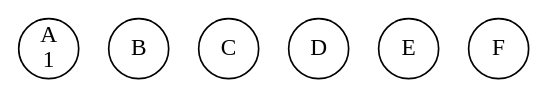
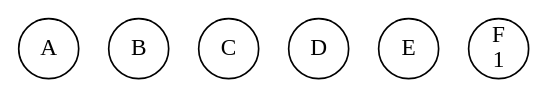
The diagram in concurrency-lab-2/bank/out/0000000000.gv (li23179/GO), drawn with Graphviz before and after one commit. The commit also changed 24 other files, not shown here.

```diff
--- a/concurrency-lab-2/bank/out/0000000000.gv
+++ b/concurrency-lab-2/bank/out/0000000000.gv
@@ -1,8 +1,8 @@
 digraph bank {
-	 0 [label= "A\n1" , pos= "1,0!" , shape=circle, fixedsize=true, width=0.5 ]
+	 0 [label= "A\n" , pos= "1,0!" , shape=circle, fixedsize=true, width=0.5 ]
 	 1 [label= "B\n" , pos= "0,1!" , shape=circle, fixedsize=true, width=0.5 ]
 	 2 [label= "C\n" , pos= "1,2!" , shape=circle, fixedsize=true, width=0.5 ]
 	 3 [label= "D\n" , pos= "2,2!" , shape=circle, fixedsize=true, width=0.5 ]
 	 4 [label= "E\n" , pos= "3,1!" , shape=circle, fixedsize=true, width=0.5 ]
-	 5 [label= "F\n" , pos= "2,0!" , shape=circle, fixedsize=true, width=0.5 ]
+	 5 [label= "F\n1" , pos= "2,0!" , shape=circle, fixedsize=true, width=0.5 ]
 }
```
